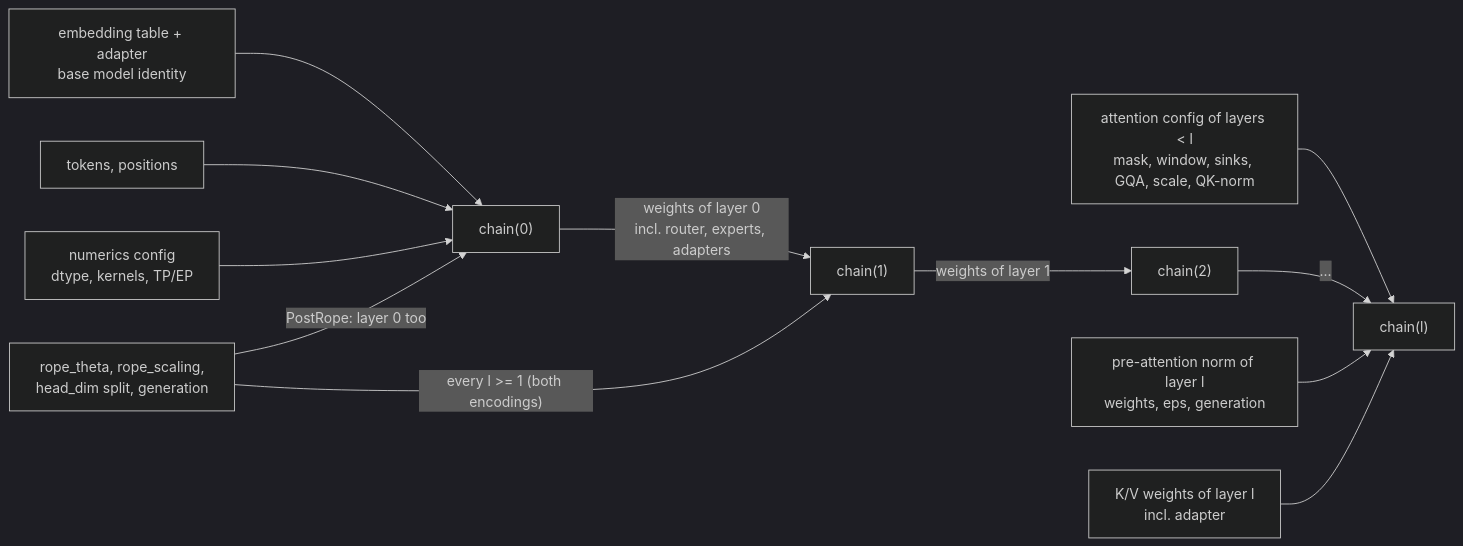
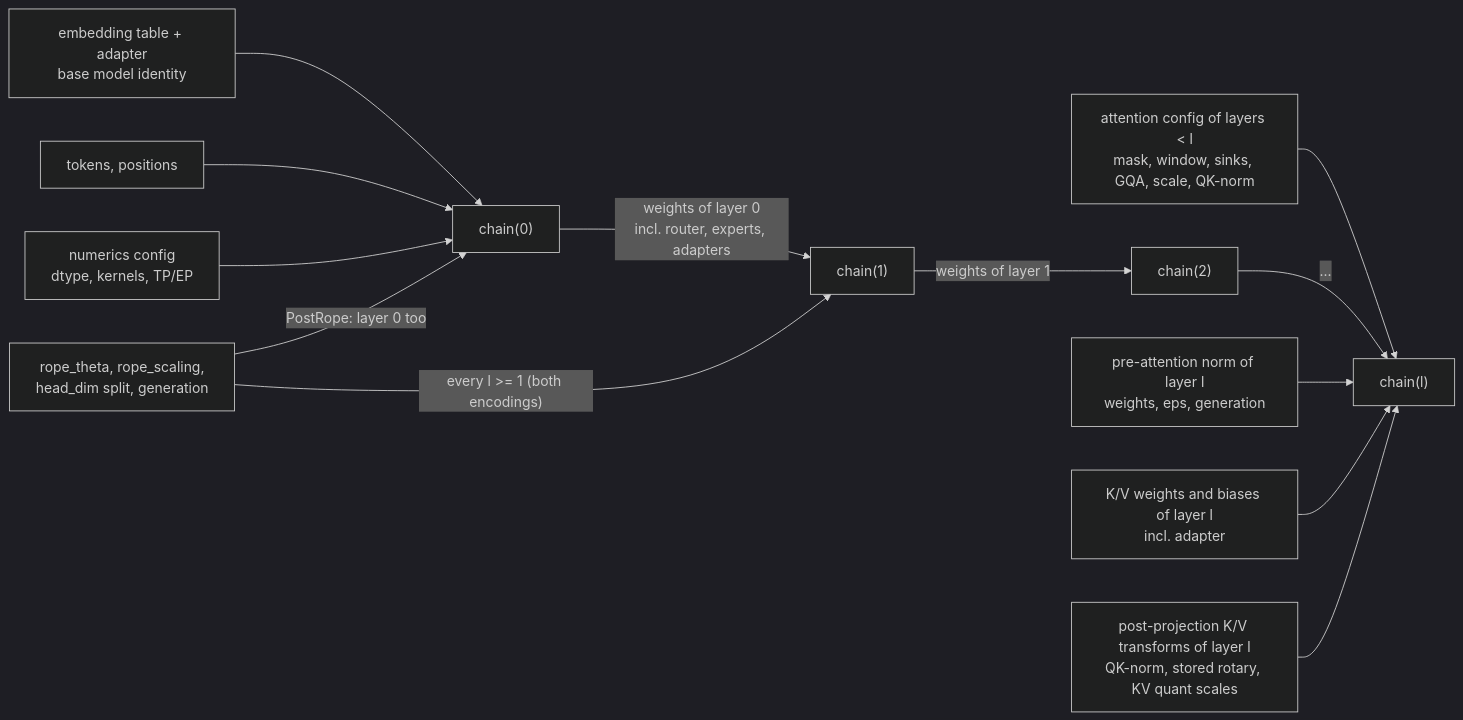
The second of 2 diagrams in docs/architecture/36-kv-reuse.md (xrey167/PTR), drawn with Mermaid (dark theme) before and after one commit. The commit also changed other lines of this file and 1 other file, not shown here.

````diff
--- a/docs/architecture/36-kv-reuse.md
+++ b/docs/architecture/36-kv-reuse.md
@@ -524,14 +534,15 @@
 ```mermaid
 flowchart LR
     E["embedding table + adapter\nbase model identity"] --> K0["chain(0)"]
     T["tokens, positions"] --> K0
     AC["attention config of layers < l\nmask, window, sinks, GQA, scale, QK-norm"] --> KL
     K0 -->|"weights of layer 0\nincl. router, experts, adapters"| K1["chain(1)"]
     K1 -->|"weights of layer 1"| K2["chain(2)"]
     K2 -->|"..."| KL["chain(l)"]
     N["numerics config\ndtype, kernels, TP/EP"] --> K0
     PN["pre-attention norm of layer l\nweights, eps, generation"] --> KL
     RP["rope_theta, rope_scaling,\nhead_dim split, generation"] -->|"PostRope: layer 0 too"| K0
     RP -->|"every l >= 1 (both encodings)"| K1
-    KV["K/V weights of layer l\nincl. adapter"] --> KL
+    KV["K/V weights and biases of layer l\nincl. adapter"] --> KL
+    PT["post-projection K/V transforms of layer l\nQK-norm, stored rotary, KV quant scales"] --> KL
 ```
````
